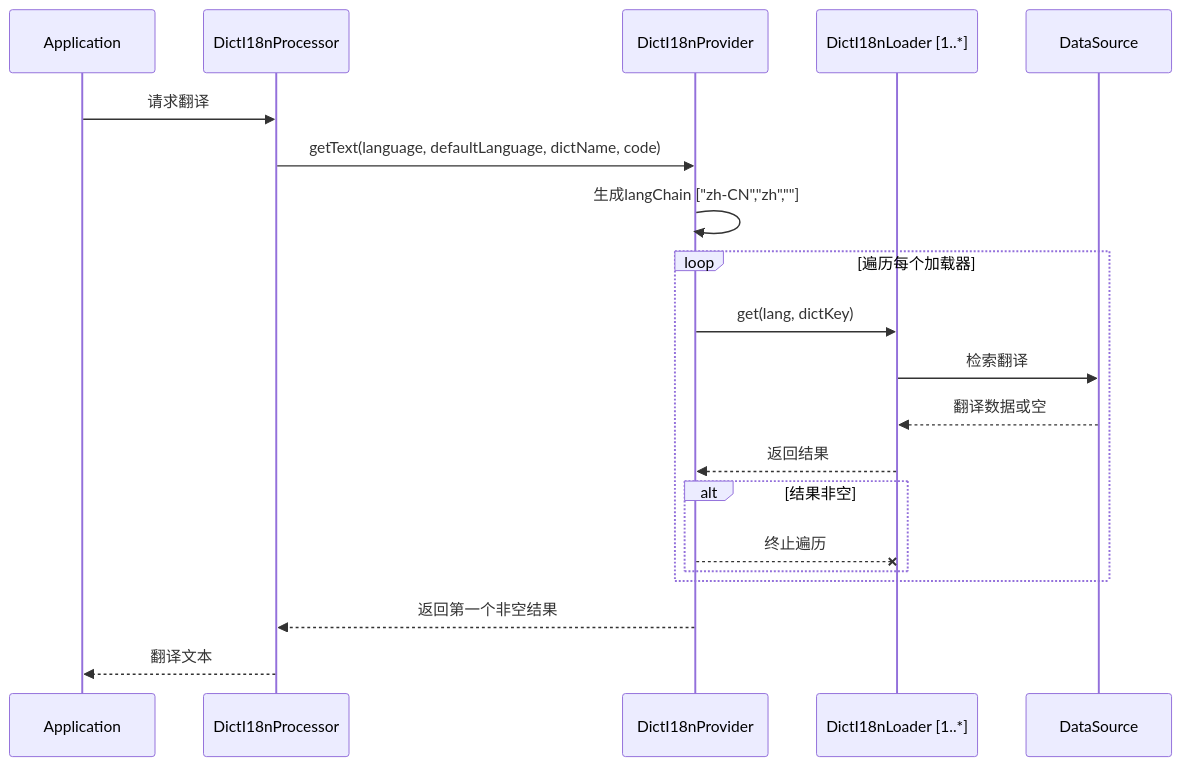
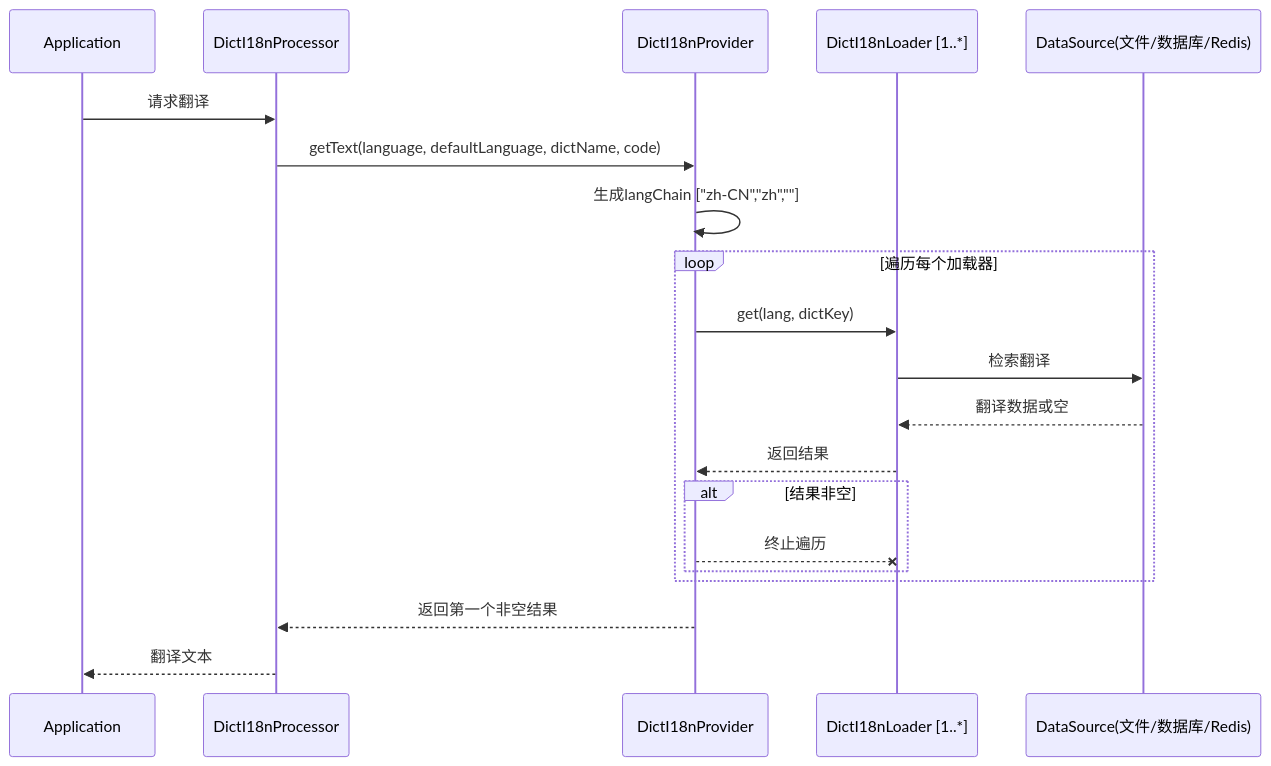
Before and after one commit to Silwings-git/dict-i18n: the first of 5 diagrams in docs/zh/loaders/加载器说明.md, drawn with Mermaid. The commit also changed other lines of this file and 1 other file, not shown here.

````diff
--- a/docs/zh/loaders/加载器说明.md
+++ b/docs/zh/loaders/加载器说明.md
@@ -15,23 +14,23 @@
 ```mermaid
 sequenceDiagram
   participant App as Application
   participant DictI18nProcessor as DictI18nProcessor
   participant DictI18nProvider as DictI18nProvider
   participant DictI18nLoader as DictI18nLoader [1..*]
-  participant DataSource as DataSource
+  participant DataSource as DataSource(文件/数据库/Redis)
   App ->> DictI18nProcessor: 请求翻译
   DictI18nProcessor ->> DictI18nProvider: getText(language, defaultLanguage, dictName, code)
   DictI18nProvider ->> DictI18nProvider: 生成langChain ["zh-CN","zh",""]
   loop 遍历每个加载器
     DictI18nProvider ->> DictI18nLoader: get(lang, dictKey)
     DictI18nLoader ->> DataSource: 检索翻译
     DataSource -->> DictI18nLoader: 翻译数据或空
     DictI18nLoader -->> DictI18nProvider: 返回结果
     alt 结果非空
       DictI18nProvider --x DictI18nLoader: 终止遍历
     end
   end
 
   DictI18nProvider -->> DictI18nProcessor: 返回第一个非空结果
   DictI18nProcessor -->> App: 翻译文本
 ```
````
